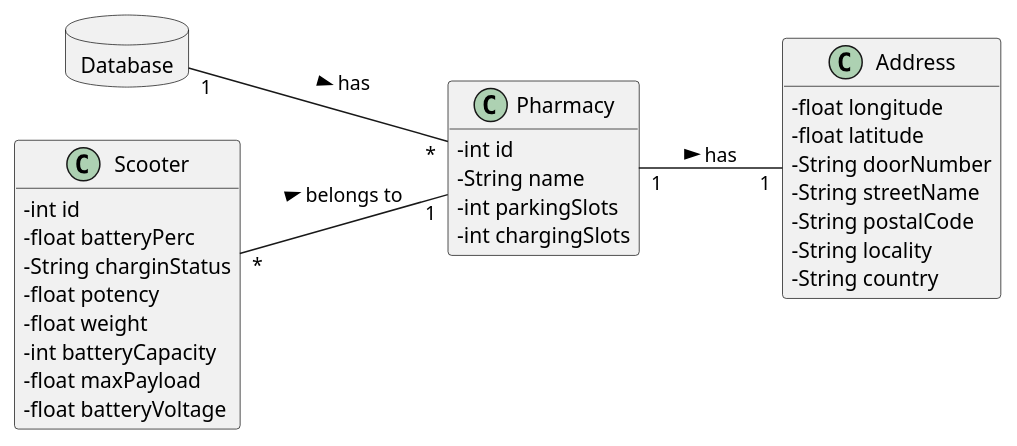
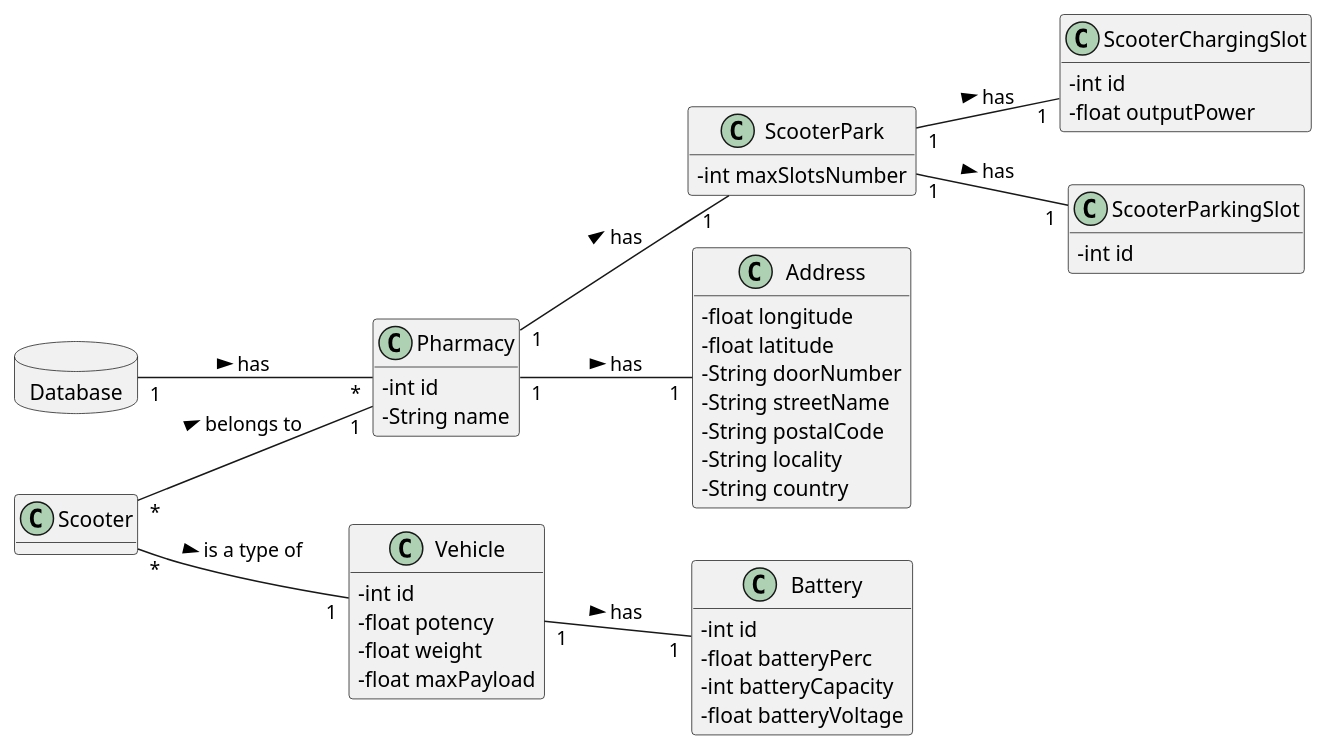
The diagram in docs/Iteration 2/Scooter Management/US22_RemoveScooter/Refinement/US22_DM.puml (tiagoavcosta25/LAPR3), drawn with PlantUML before and after one commit. The commit also changed 15 other files, not shown here.

```diff
--- a/docs/Iteration 2/Scooter Management/US22_RemoveScooter/Refinement/US22_DM.puml
+++ b/docs/Iteration 2/Scooter Management/US22_RemoveScooter/Refinement/US22_DM.puml
@@ -1,42 +1,64 @@
 @startuml
 skinparam classAttributeIconSize 0
 hide methods
 left to right direction
 
 database Database {
 }
 
 class Pharmacy {
   -int id
   -String name
-  -int parkingSlots
-  -int chargingSlots
+}
+
+class ScooterPark{
+-   int maxSlotsNumber
+}
+
+class ScooterChargingSlot{
+-   int id
+-   float outputPower
+}
+
+class ScooterParkingSlot{
+-   int id
 }
 
 class Scooter{
+}
+
+class Vehicle{
+  -int id
+  -float potency
+  -float weight
+  -float maxPayload
+}
+
+class Battery{
   -int id
   -float batteryPerc
-  -String charginStatus
-  -float potency
-  -float weight
   -int batteryCapacity
-  -float maxPayload
   -float batteryVoltage
 }
 
 class Address{
   -float longitude
   -float latitude
   -String doorNumber
   -String streetName
   -String postalCode
   -String locality
   -String country
 }
 
 
 
 Database "1" -- "*" Pharmacy : has >
 Scooter "*" -- "1" Pharmacy : belongs to >
+Scooter "*" -- "1" Vehicle : is a type of >
+Vehicle "1" -- "1" Battery : has >
 Pharmacy "1" -- "1" Address : has >
+Pharmacy "1" -- "1" ScooterPark : has >
+ScooterPark "1" -- "1" ScooterChargingSlot : has >
+ScooterPark "1" -- "1" ScooterParkingSlot : has >
 @enduml
```
